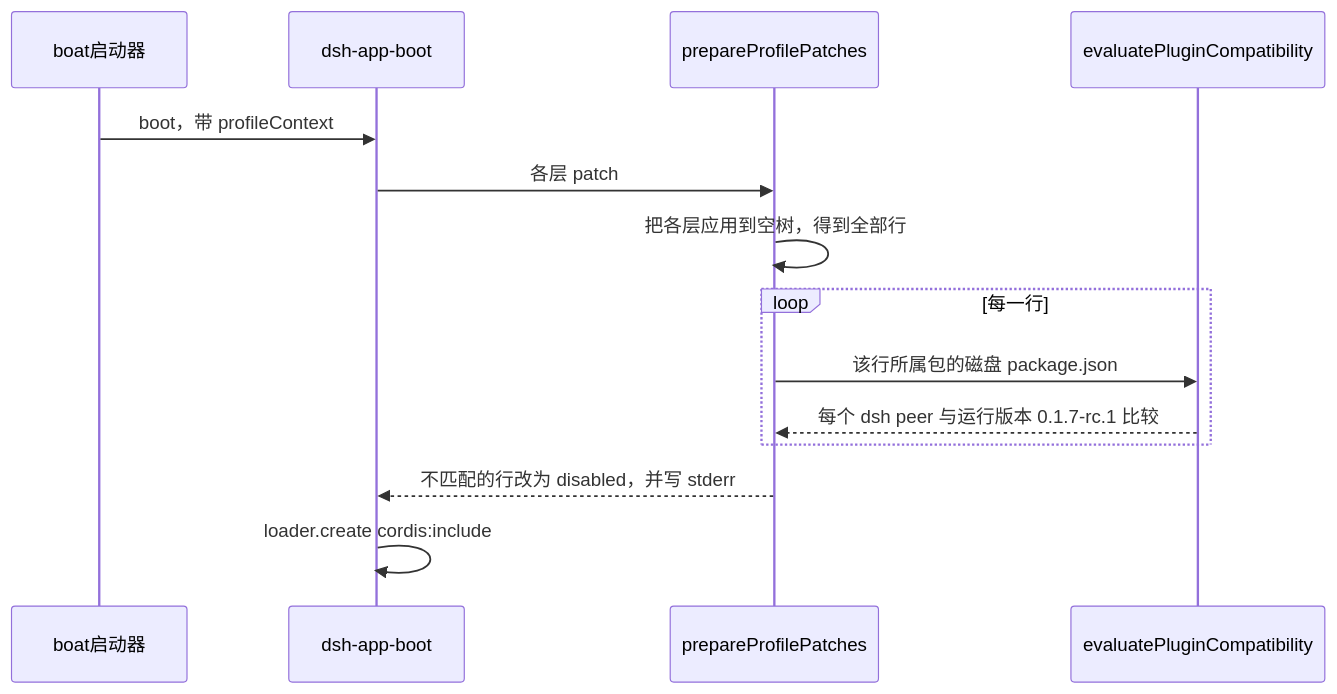
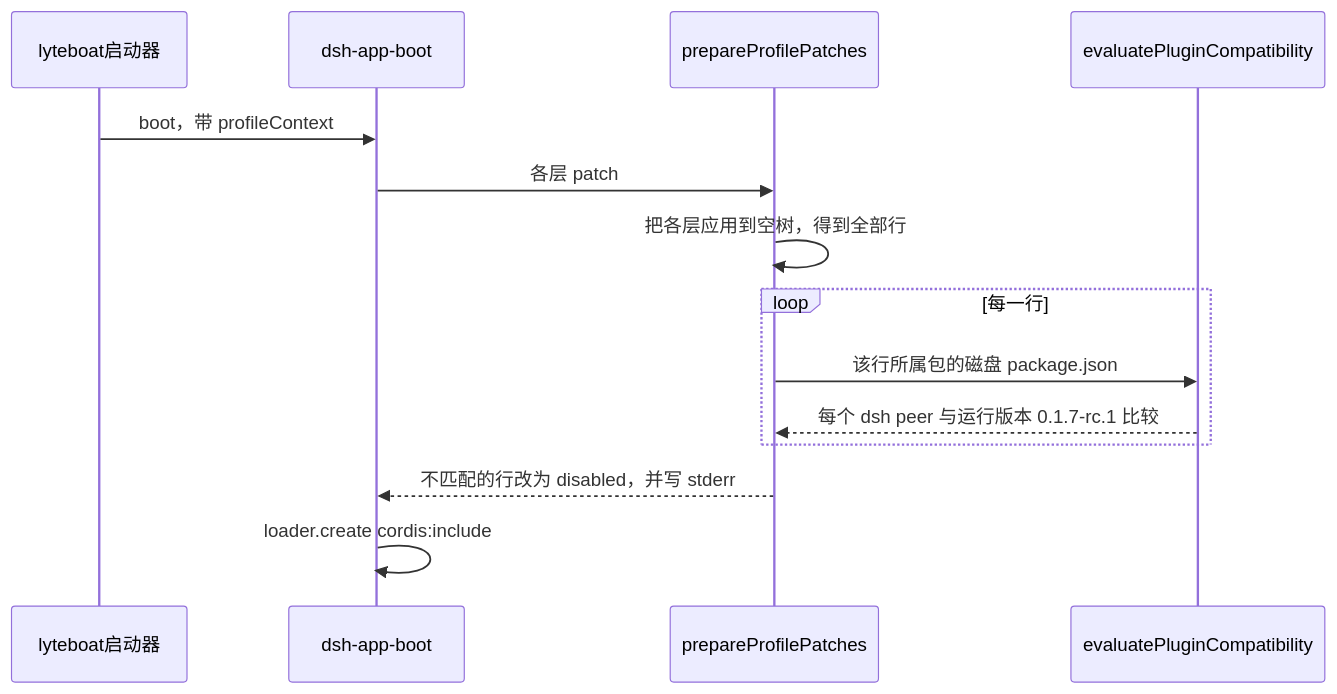
One commit to lyteboat/boat changed diagram 12 of 13 in docs/02-distribution.md. Above: the diagram before and after it, drawn with Mermaid. The commit also changed other lines of this file and 316 other files, not shown here.

````diff
--- a/docs/02-distribution.md
+++ b/docs/02-distribution.md
@@ -1465,16 +1465,16 @@
 ```mermaid
 sequenceDiagram
-  participant L as boat启动器
+  participant L as lyteboat启动器
   participant B as dsh-app-boot
   participant P as prepareProfilePatches
   participant E as evaluatePluginCompatibility
   L->>B: boot，带 profileContext
   B->>P: 各层 patch
   P->>P: 把各层应用到空树，得到全部行
   loop 每一行
     P->>E: 该行所属包的磁盘 package.json
     E-->>P: 每个 dsh peer 与运行版本 0.1.7-rc.1 比较
   end
   P-->>B: 不匹配的行改为 disabled，并写 stderr
   B->>B: loader.create cordis:include
 ```
````
